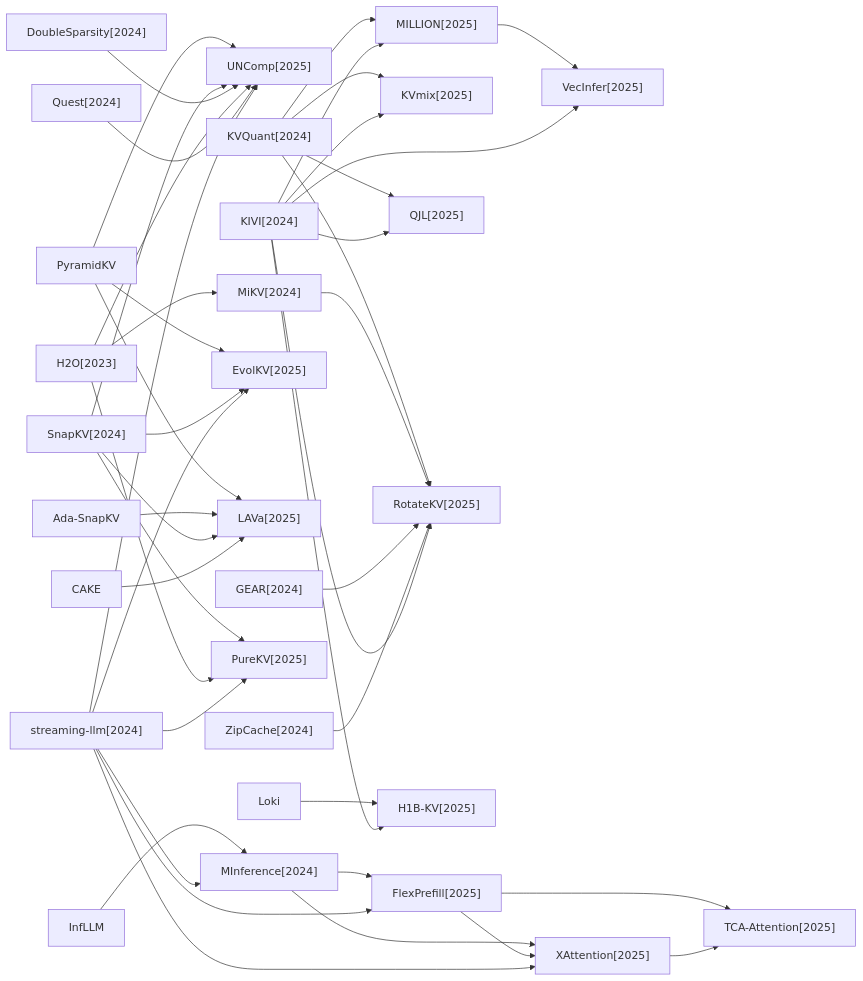
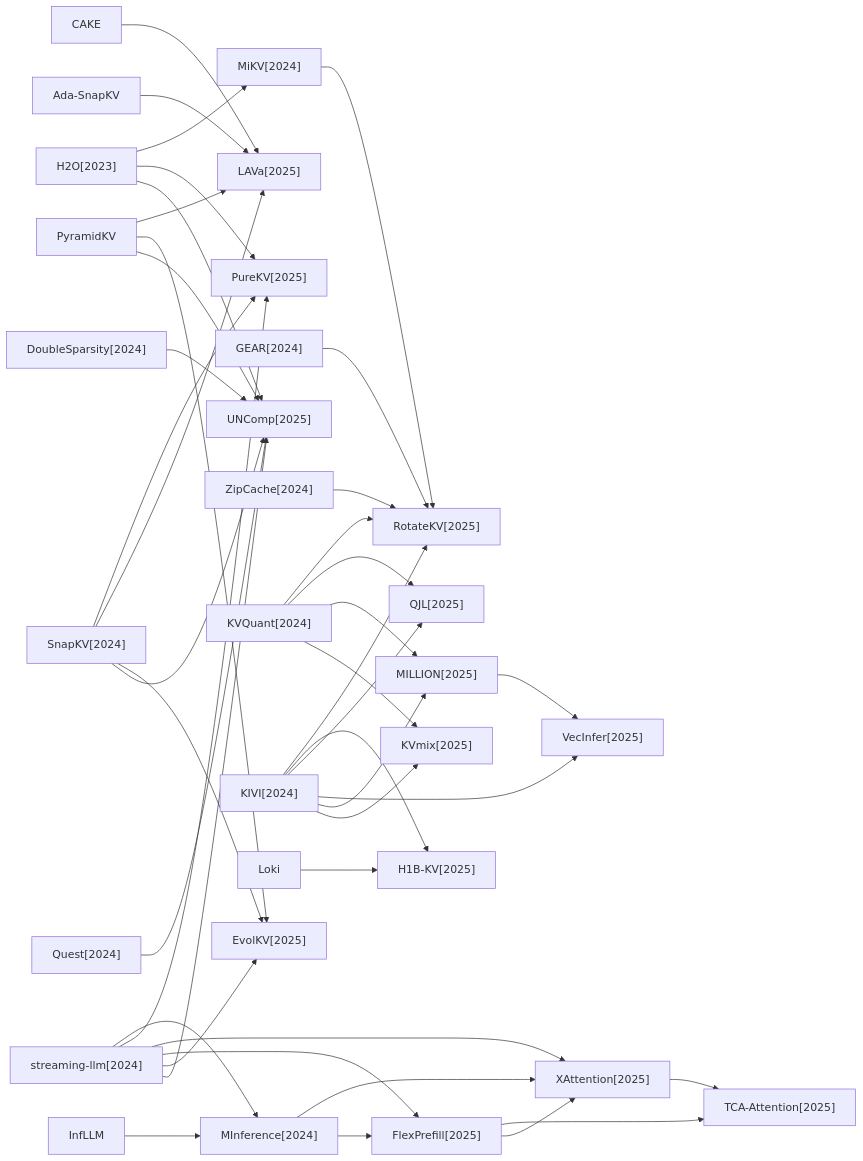
Before and after one commit to hustzxd/EfficientPaper: the fourth of 5 diagrams in docs/baseline_methods_graph.md, drawn with Mermaid. The commit also changed other lines of this file and 2 other files, not shown here.

````diff
--- a/docs/baseline_methods_graph.md
+++ b/docs/baseline_methods_graph.md
@@ -62,73 +62,73 @@
 ```mermaid
 flowchart LR
+    2025_RotateKV["RotateKV[2025]"]
+    2024_SnapKV["SnapKV[2024]"]
+    2024_MInference["MInference[2024]"]
+    2025_VecInfer["VecInfer[2025]"]
+    2025_LAVa["LAVa[2025]"]
+    2025_PureKV["PureKV[2025]"]
+    2024_streaming_llm["streaming-llm[2024]"]
+    2024_GEAR["GEAR[2024]"]
+    2025_KVmix["KVmix[2025]"]
+    2025_H1B_KV["H1B-KV[2025]"]
+    2025_FlexPrefill["FlexPrefill[2025]"]
+    InfLLM["InfLLM"]
+    Ada_SnapKV["Ada-SnapKV"]
+    2025_XAttention["XAttention[2025]"]
+    2024_MiKV["MiKV[2024]"]
+    2025_QJL["QJL[2025]"]
+    2024_Quest["Quest[2024]"]
+    2024_ZipCache["ZipCache[2024]"]
+    CAKE["CAKE"]
+    2023_H2O["H2O[2023]"]
+    2024_KVQuant["KVQuant[2024]"]
+    2025_TCA_Attention["TCA-Attention[2025]"]
+    2024_KIVI["KIVI[2024]"]
+    2025_MILLION["MILLION[2025]"]
+    Loki["Loki"]
     2025_UNComp["UNComp[2025]"]
+    2025_EvolKV["EvolKV[2025]"]
+    2024_DoubleSparsity["DoubleSparsity[2024]"]
     PyramidKV["PyramidKV"]
-    2024_KVQuant["KVQuant[2024]"]
-    2024_MiKV["MiKV[2024]"]
-    InfLLM["InfLLM"]
-    2024_GEAR["GEAR[2024]"]
-    Ada_SnapKV["Ada-SnapKV"]
-    2024_SnapKV["SnapKV[2024]"]
-    2025_MILLION["MILLION[2025]"]
-    2025_TCA_Attention["TCA-Attention[2025]"]
-    2024_DoubleSparsity["DoubleSparsity[2024]"]
-    2025_EvolKV["EvolKV[2025]"]
-    2023_H2O["H2O[2023]"]
-    2025_LAVa["LAVa[2025]"]
-    2025_KVmix["KVmix[2025]"]
-    2024_MInference["MInference[2024]"]
-    2025_PureKV["PureKV[2025]"]
-    2024_Quest["Quest[2024]"]
-    2025_FlexPrefill["FlexPrefill[2025]"]
-    CAKE["CAKE"]
-    Loki["Loki"]
-    2024_streaming_llm["streaming-llm[2024]"]
-    2025_QJL["QJL[2025]"]
-    2025_RotateKV["RotateKV[2025]"]
-    2025_VecInfer["VecInfer[2025]"]
-    2024_ZipCache["ZipCache[2024]"]
-    2025_H1B_KV["H1B-KV[2025]"]
-    2024_KIVI["KIVI[2024]"]
-    2025_XAttention["XAttention[2025]"]
-    PyramidKV --> 2025_UNComp
-    PyramidKV --> 2025_EvolKV
-    PyramidKV --> 2025_LAVa
-    2024_KVQuant --> 2025_KVmix
-    2024_KVQuant --> 2025_MILLION
-    2024_KVQuant --> 2025_QJL
-    2024_KVQuant --> 2025_RotateKV
-    2024_MiKV --> 2025_RotateKV
-    InfLLM --> 2024_MInference
-    2024_GEAR --> 2025_RotateKV
-    Ada_SnapKV --> 2025_LAVa
     2024_SnapKV --> 2025_UNComp
     2024_SnapKV --> 2025_EvolKV
     2024_SnapKV --> 2025_LAVa
     2024_SnapKV --> 2025_PureKV
-    2025_MILLION --> 2025_VecInfer
-    2024_DoubleSparsity --> 2025_UNComp
-    2023_H2O --> 2025_UNComp
-    2023_H2O --> 2025_PureKV
-    2023_H2O --> 2024_MiKV
     2024_MInference --> 2025_FlexPrefill
     2024_MInference --> 2025_XAttention
-    2024_Quest --> 2025_UNComp
-    2025_FlexPrefill --> 2025_XAttention
-    2025_FlexPrefill --> 2025_TCA_Attention
-    CAKE --> 2025_LAVa
-    Loki --> 2025_H1B_KV
     2024_streaming_llm --> 2025_UNComp
     2024_streaming_llm --> 2025_EvolKV
     2024_streaming_llm --> 2025_FlexPrefill
     2024_streaming_llm --> 2025_XAttention
     2024_streaming_llm --> 2025_PureKV
     2024_streaming_llm --> 2024_MInference
+    2024_GEAR --> 2025_RotateKV
+    2025_FlexPrefill --> 2025_XAttention
+    2025_FlexPrefill --> 2025_TCA_Attention
+    InfLLM --> 2024_MInference
+    Ada_SnapKV --> 2025_LAVa
+    2025_XAttention --> 2025_TCA_Attention
+    2024_MiKV --> 2025_RotateKV
+    2024_Quest --> 2025_UNComp
     2024_ZipCache --> 2025_RotateKV
+    CAKE --> 2025_LAVa
+    2023_H2O --> 2025_UNComp
+    2023_H2O --> 2025_PureKV
+    2023_H2O --> 2024_MiKV
+    2024_KVQuant --> 2025_KVmix
+    2024_KVQuant --> 2025_MILLION
+    2024_KVQuant --> 2025_QJL
+    2024_KVQuant --> 2025_RotateKV
     2024_KIVI --> 2025_KVmix
     2024_KIVI --> 2025_MILLION
     2024_KIVI --> 2025_VecInfer
     2024_KIVI --> 2025_QJL
     2024_KIVI --> 2025_H1B_KV
     2024_KIVI --> 2025_RotateKV
-    2025_XAttention --> 2025_TCA_Attention
+    2025_MILLION --> 2025_VecInfer
+    Loki --> 2025_H1B_KV
+    2024_DoubleSparsity --> 2025_UNComp
+    PyramidKV --> 2025_UNComp
+    PyramidKV --> 2025_EvolKV
+    PyramidKV --> 2025_LAVa
 ```
````
